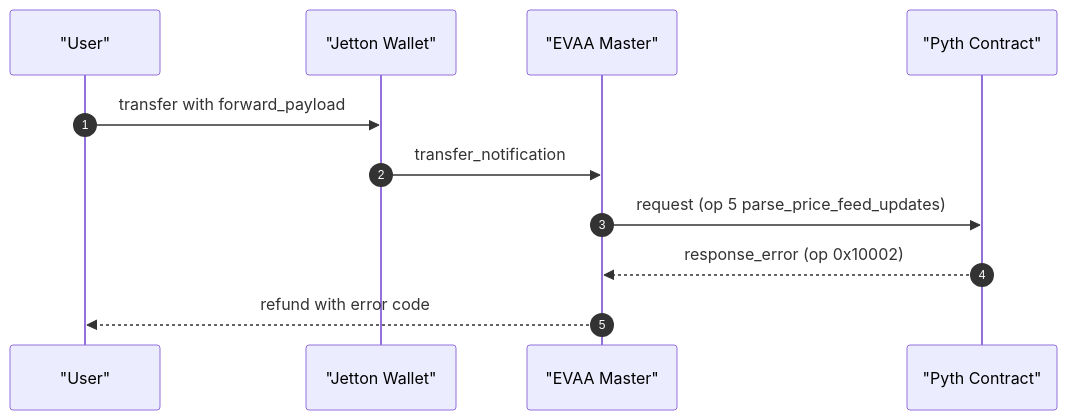
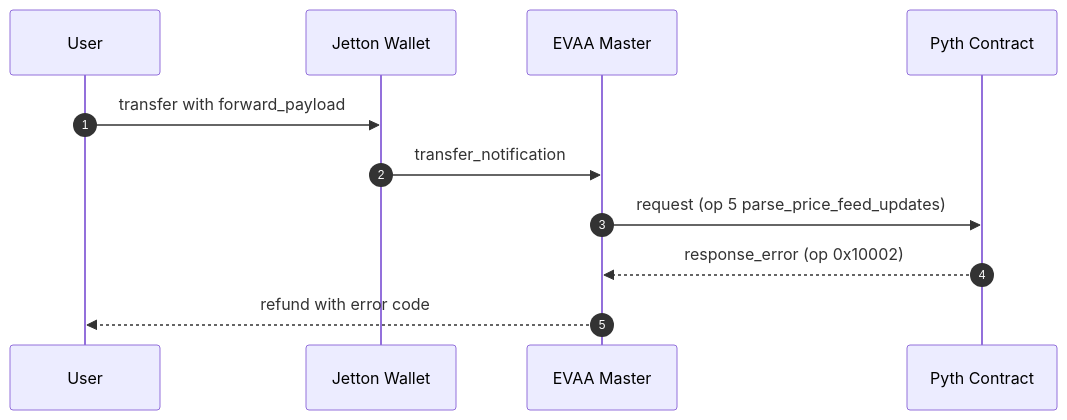
Before and after one commit to pyth-network/documentation: the fourth of 4 diagrams in pages/price-feeds/use-real-time-data/ton.mdx, drawn with Mermaid. The commit also changed other lines of this file, not shown here.

````diff
--- a/pages/price-feeds/use-real-time-data/ton.mdx
+++ b/pages/price-feeds/use-real-time-data/ton.mdx
@@ -212,14 +214,14 @@
 ```mermaid
 sequenceDiagram
   autonumber
-  participant "U" as "User"
-  participant "JW" as "Jetton Wallet"
-  participant "M" as "EVAA Master"
-  participant "P" as "Pyth Contract"
+  participant U as User
+  participant JW as Jetton Wallet
+  participant M as EVAA Master
+  participant P as Pyth Contract
 
-  "U"->>"JW": transfer with forward_payload
-  "JW"->>"M": transfer_notification
-  "M"->>"P": request (op 5 parse_price_feed_updates)
-  "P"-->>"M": response_error (op 0x10002)
-  "M"-->>"U": refund with error code
+  U->>JW: transfer with forward_payload
+  JW->>M: transfer_notification
+  M->>P: request (op 5 parse_price_feed_updates)
+  P-->>M: response_error (op 0x10002)
+  M-->>U: refund with error code
 ```
````
